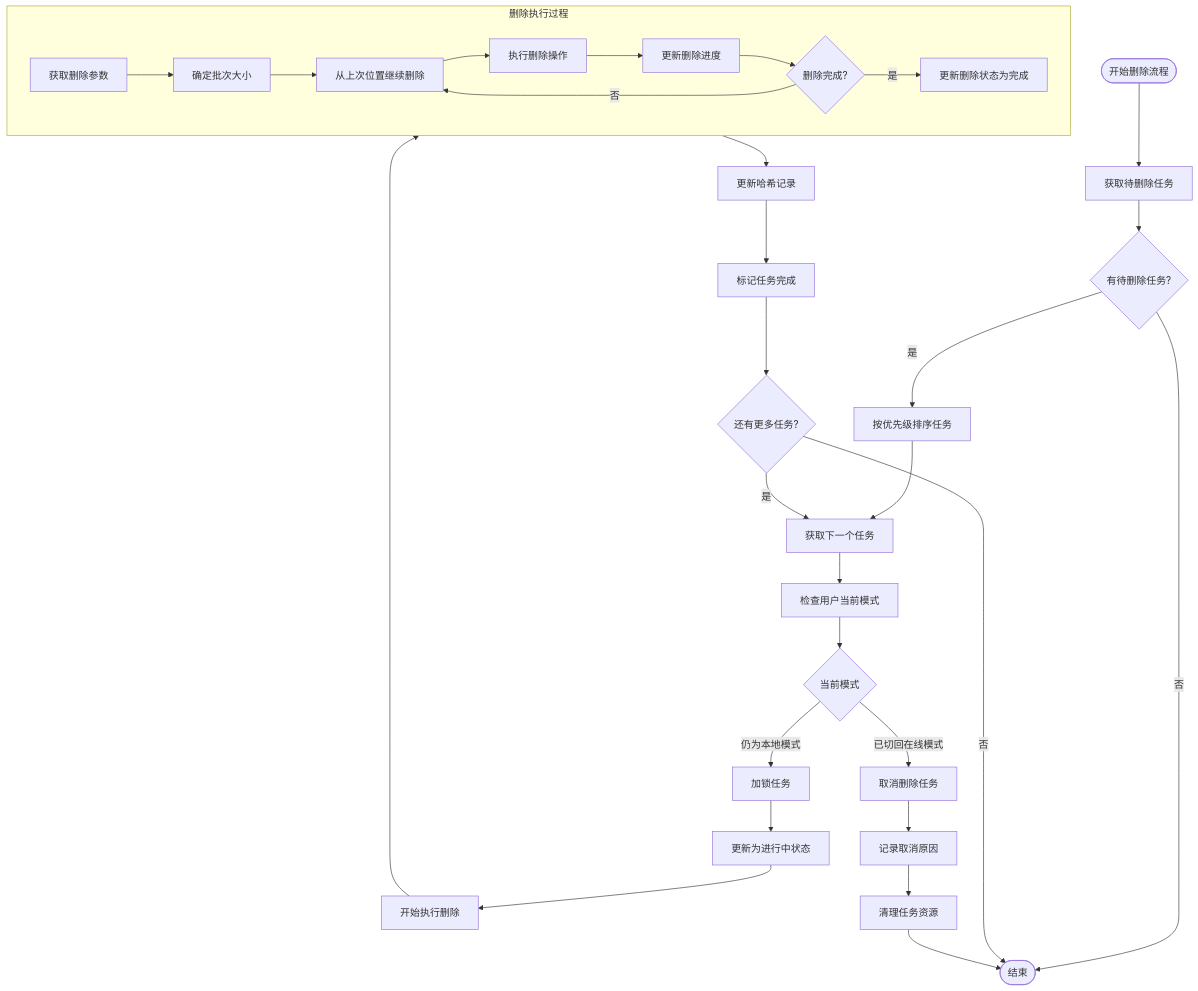
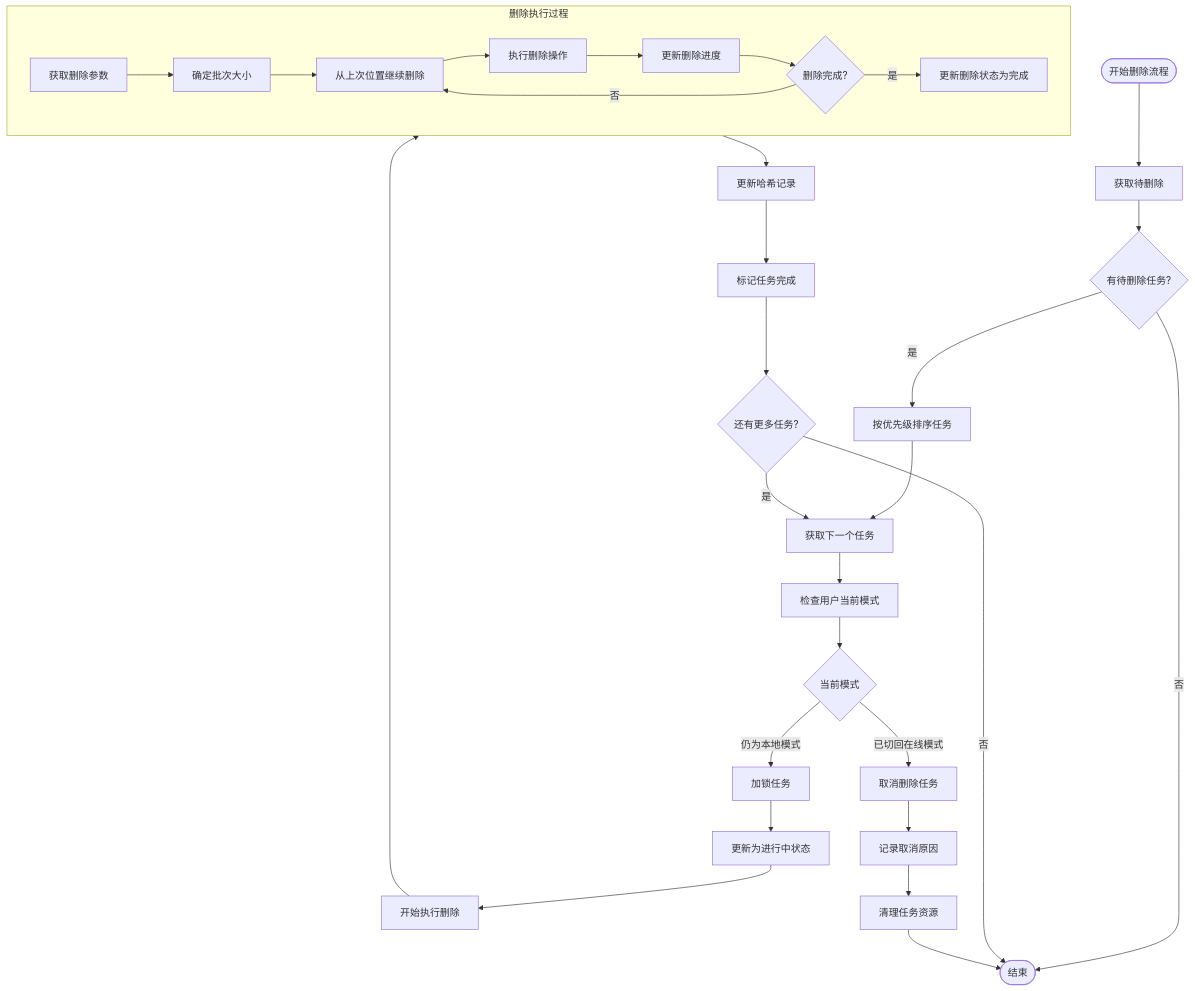
The diagram in all/未命名-51.md (yingjianzh/iodraw-files), drawn with Mermaid before and after one commit.

Commit message:
2025-05-08 15:17:23 update

````diff
--- a/all/未命名-51.md
+++ b/all/未命名-51.md
@@ -1,42 +1,42 @@
 ```mermaid
 flowchart TD
-    Start([开始删除流程]) --> FetchTasks[获取待删除任务]
+    Start([开始删除流程]) --> FetchTasks[获取待删除]
     FetchTasks --> HasTasks{有待删除任务?}
     
     HasTasks -->|否| End([结束])
     HasTasks -->|是| PrioritizeTasks[按优先级排序任务]
     
     PrioritizeTasks --> GetNextTask[获取下一个任务]
     GetNextTask --> CheckUserMode[检查用户当前模式]
     
     CheckUserMode --> CurrentMode{当前模式}
     CurrentMode -->|已切回在线模式| TaskCancel[取消删除任务]
     CurrentMode -->|仍为本地模式| LockTask[加锁任务]
     
     LockTask --> UpdateStatus[更新为进行中状态]
     UpdateStatus --> BeginDeletion[开始执行删除]
     
     subgraph DeletionProcess [删除执行过程]
         A[获取删除参数] --> B[确定批次大小]
         B --> C[从上次位置继续删除]
         C --> D[执行删除操作]
         D --> E[更新删除进度]
         E --> F{删除完成?}
         F -->|否| C
         F -->|是| G[更新删除状态为完成]
     end
     
     BeginDeletion --> DeletionProcess
     
     DeletionProcess --> UpdateHashRecord[更新哈希记录]
     UpdateHashRecord --> MarkCompleted[标记任务完成]
     
     TaskCancel --> LogCancellation[记录取消原因]
     LogCancellation --> CleanupTask[清理任务资源]
     
     MarkCompleted --> CheckMoreTasks{还有更多任务?}
     CheckMoreTasks -->|是| GetNextTask
     CheckMoreTasks -->|否| End
     
     CleanupTask --> End
 ```
````
